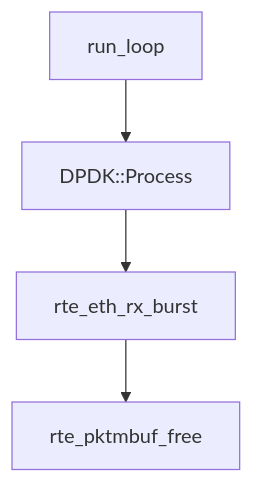
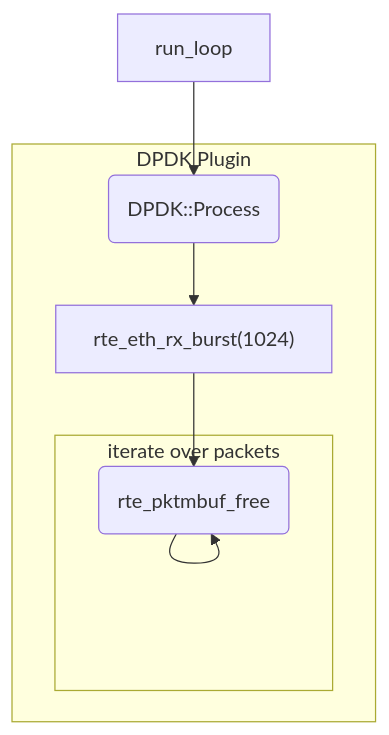
One commit to esnet/dpdk-plugin changed the first of 2 diagrams in design.md. Above: the diagram before and after it, drawn with Mermaid. The commit also changed other lines of this file, not shown here.

````diff
--- a/design.md
+++ b/design.md
@@ -5,7 +7,16 @@
 ```mermaid
 
 graph TD;
-    run_loop-->DPDK::Process;
-    DPDK::Process-->rte_eth_rx_burst;
-    rte_eth_rx_burst-->rte_pktmbuf_free;
+  run_loop --> DPDKProcess
+  rte_eth_rx_burst["rte_eth_rx_burst(1024)"]
+  subgraph "DPDK Plugin"
+  DPDKProcess(DPDK::Process)
+  DPDKProcess --> rte_eth_rx_burst --> loop_start
+
+  subgraph "iterate over packets"
+  loop_start(rte_pktmbuf_free)
+  loop_start --> loop_start
+  end
+
+  end
 ```
````
